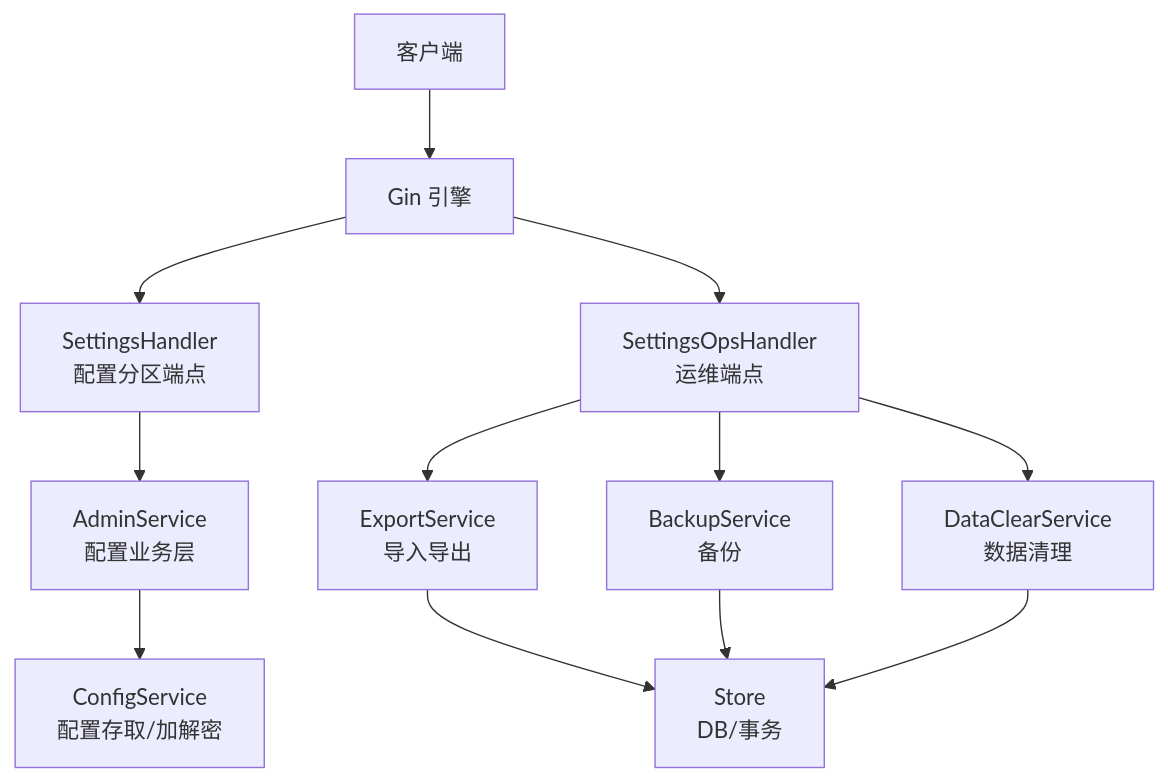
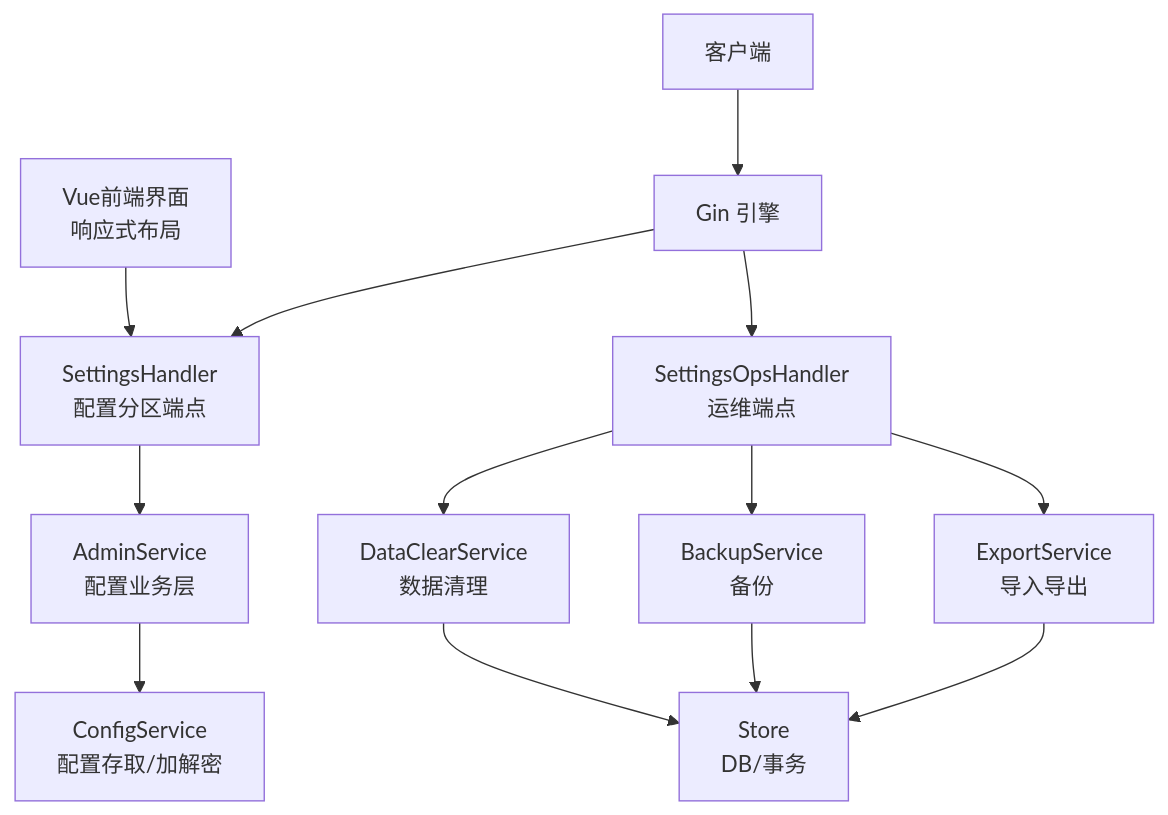
Before and after one commit to AlcaProphet/VPN-Subscription-Management: the first of 8 diagrams in .qoder/repowiki/zh/content/API接口文档/系统设置API.md, drawn with Mermaid. The commit also changed other lines of this file and 100 other files, not shown here.

````diff
--- a/.qoder/repowiki/zh/content/API接口文档/系统设置API.md
+++ b/.qoder/repowiki/zh/content/API接口文档/系统设置API.md
@@ -37,14 +46,15 @@
 ```mermaid
 graph TB
 Client["客户端"] --> GW["Gin 引擎"]
 GW --> Settings["SettingsHandler<br/>配置分区端点"]
 GW --> Ops["SettingsOpsHandler<br/>运维端点"]
 Settings --> AdminCfg["AdminService<br/>配置业务层"]
 Ops --> ExportSvc["ExportService<br/>导入导出"]
 Ops --> BackupSvc["BackupService<br/>备份"]
 Ops --> ClearSvc["DataClearService<br/>数据清理"]
 AdminCfg --> CfgSvc["ConfigService<br/>配置存取/加解密"]
 ExportSvc --> Store["Store<br/>DB/事务"]
 BackupSvc --> Store
 ClearSvc --> Store
+Frontend["Vue前端界面<br/>响应式布局"] --> Settings
 ```
````
